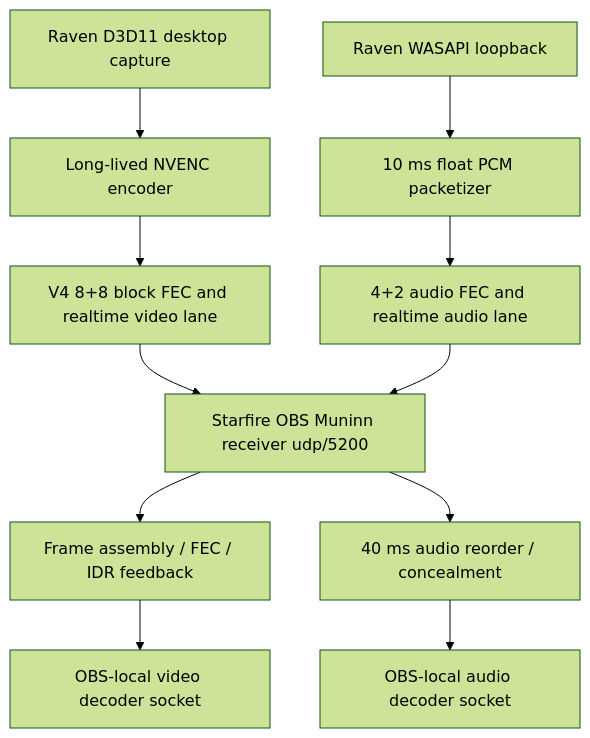
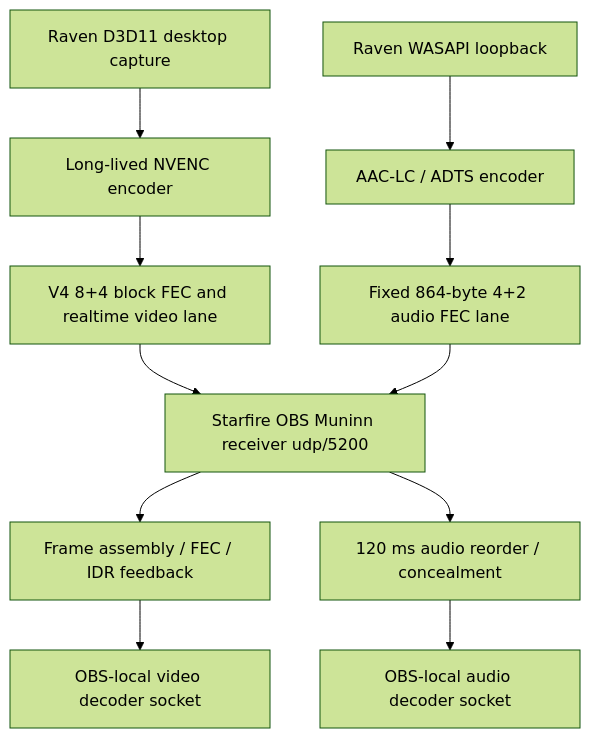
One commit to GameCult/Mimir changed the third of 4 diagrams in notes/current-system-map.md. Above: the diagram before and after it, drawn with Mermaid (forest theme). The commit also changed other lines of this file and 4 other files, not shown here.

````diff
--- a/notes/current-system-map.md
+++ b/notes/current-system-map.md
@@ -342,13 +342,13 @@
 ```mermaid
 flowchart TD
     A["Raven D3D11 desktop capture"] --> B["Long-lived NVENC encoder"]
-    C["Raven WASAPI loopback"] --> D["10 ms float PCM packetizer"]
-    B --> E["V4 8+8 block FEC and realtime video lane"]
-    D --> F["4+2 audio FEC and realtime audio lane"]
+    C["Raven WASAPI loopback"] --> D["AAC-LC / ADTS encoder"]
+    B --> E["V4 8+4 block FEC and realtime video lane"]
+    D --> F["Fixed 864-byte 4+2 audio FEC lane"]
     E --> G["Starfire OBS Muninn receiver udp/5200"]
     F --> G
     G --> H["Frame assembly / FEC / IDR feedback"]
-    G --> I["40 ms audio reorder / concealment"]
+    G --> I["120 ms audio reorder / concealment"]
     H --> J["OBS-local video decoder socket"]
     I --> K["OBS-local audio decoder socket"]
 ```
````
